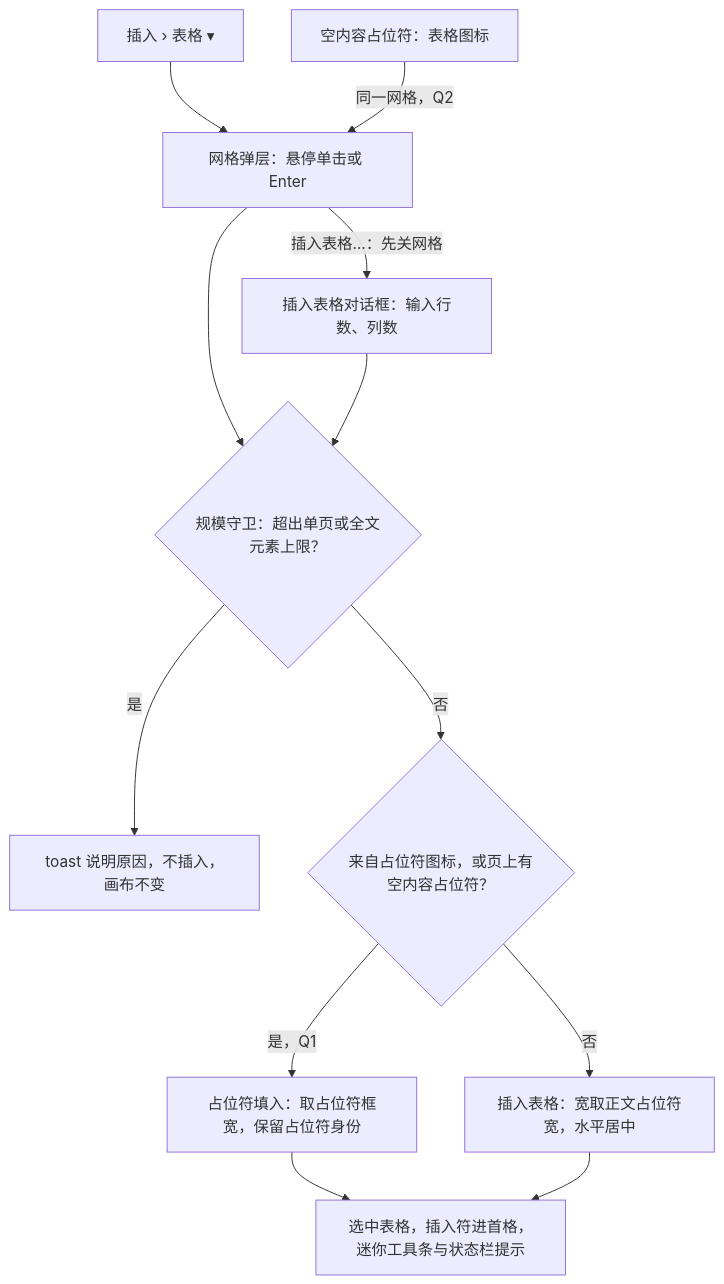
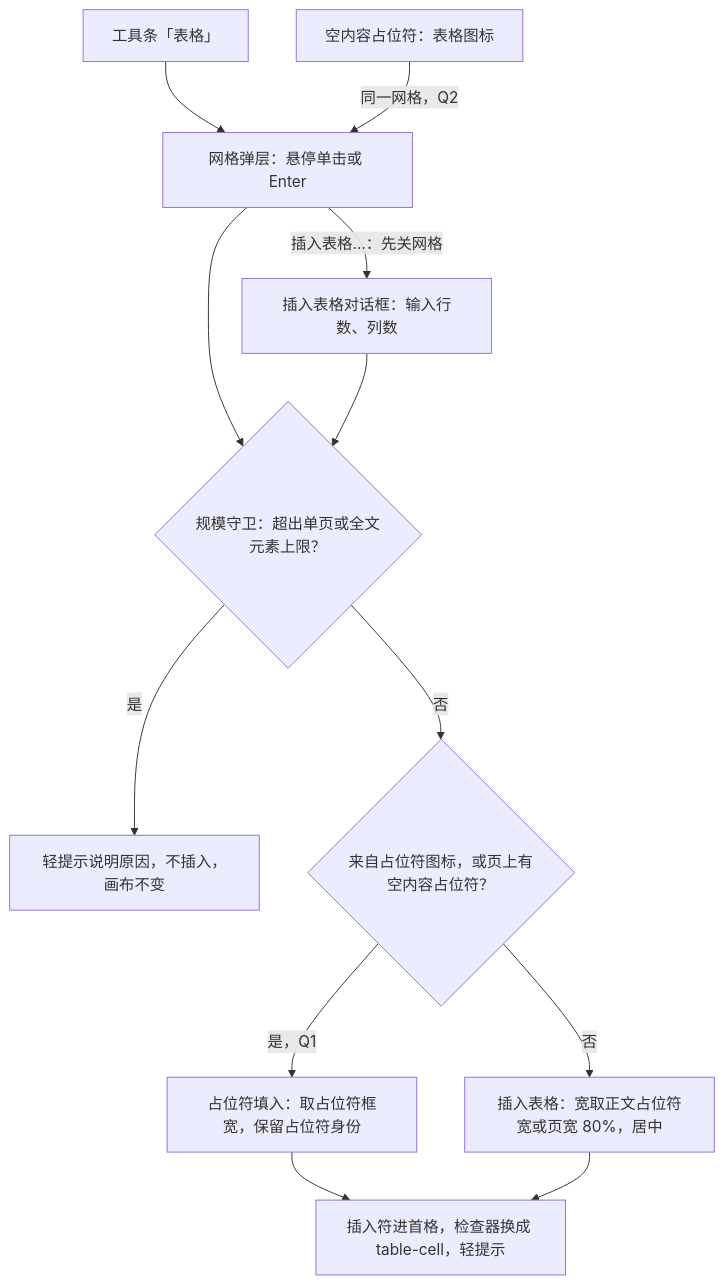
Before and after one commit to Xeonice/cordis-ppt-editor: the second of 9 diagrams in docs/20-design/03-screens/30-table-editing.md, drawn with Mermaid. The commit also changed other lines of this file and 44 other files, not shown here.

````diff
--- a/docs/20-design/03-screens/30-table-editing.md
+++ b/docs/20-design/03-screens/30-table-editing.md
@@ -180,24 +240,24 @@
 ```mermaid
 flowchart TB
-  rib["插入 › 表格 ▾"]
+  tb["工具条「表格」"]
   ph["空内容占位符：表格图标"]
   grid["网格弹层：悬停单击或 Enter"]
   dlg["插入表格对话框：输入行数、列数"]
   quota{"规模守卫：超出单页或全文元素上限？"}
-  reject["toast 说明原因，不插入，画布不变"]
+  reject["轻提示说明原因，不插入，画布不变"]
   kind{"来自占位符图标，或页上有空内容占位符？"}
   fill["占位符填入：取占位符框宽，保留占位符身份"]
-  ins["插入表格：宽取正文占位符宽，水平居中"]
-  after["选中表格，插入符进首格，迷你工具条与状态栏提示"]
-  rib --> grid
+  ins["插入表格：宽取正文占位符宽或页宽 80%，居中"]
+  after["插入符进首格，检查器换成 table-cell，轻提示"]
+  tb --> grid
   ph -->|"同一网格，Q2"| grid
   grid -->|"插入表格…：先关网格"| dlg
   grid --> quota
   dlg --> quota
   quota -->|"是"| reject
   quota -->|"否"| kind
   kind -->|"是，Q1"| fill
   kind -->|"否"| ins
   fill --> after
   ins --> after
 ```
````
